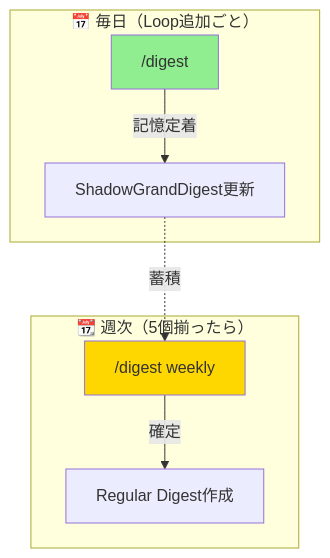
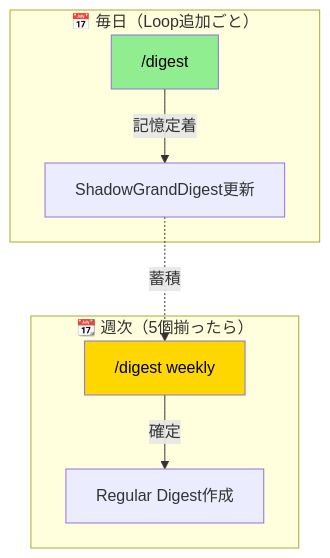
The diagram in EpisodicRAG/docs/user/FAQ.md (tatoflam/Plugins-Weave), drawn with Mermaid before and after one commit. The commit also changed other lines of this file and 3 other files, not shown here.

````diff
--- a/EpisodicRAG/docs/user/FAQ.md
+++ b/EpisodicRAG/docs/user/FAQ.md
@@ -87,17 +102,17 @@
 ```mermaid
 flowchart TB
     subgraph everyday["📅 毎日（Loop追加ごと）"]
         D1["/digest"]
         D1 --> |記憶定着| S1[ShadowGrandDigest更新]
     end
 
     subgraph weekly["📆 週次（5個揃ったら）"]
         D2["/digest weekly"]
         D2 --> |確定| R1[Regular Digest作成]
     end
 
     S1 -.->|蓄積| D2
 
-    style D1 fill:#90EE90
-    style D2 fill:#FFD700
+    style D1 fill:#90EE90,color:#000000
+    style D2 fill:#FFD700,color:#000000
 ```
````
